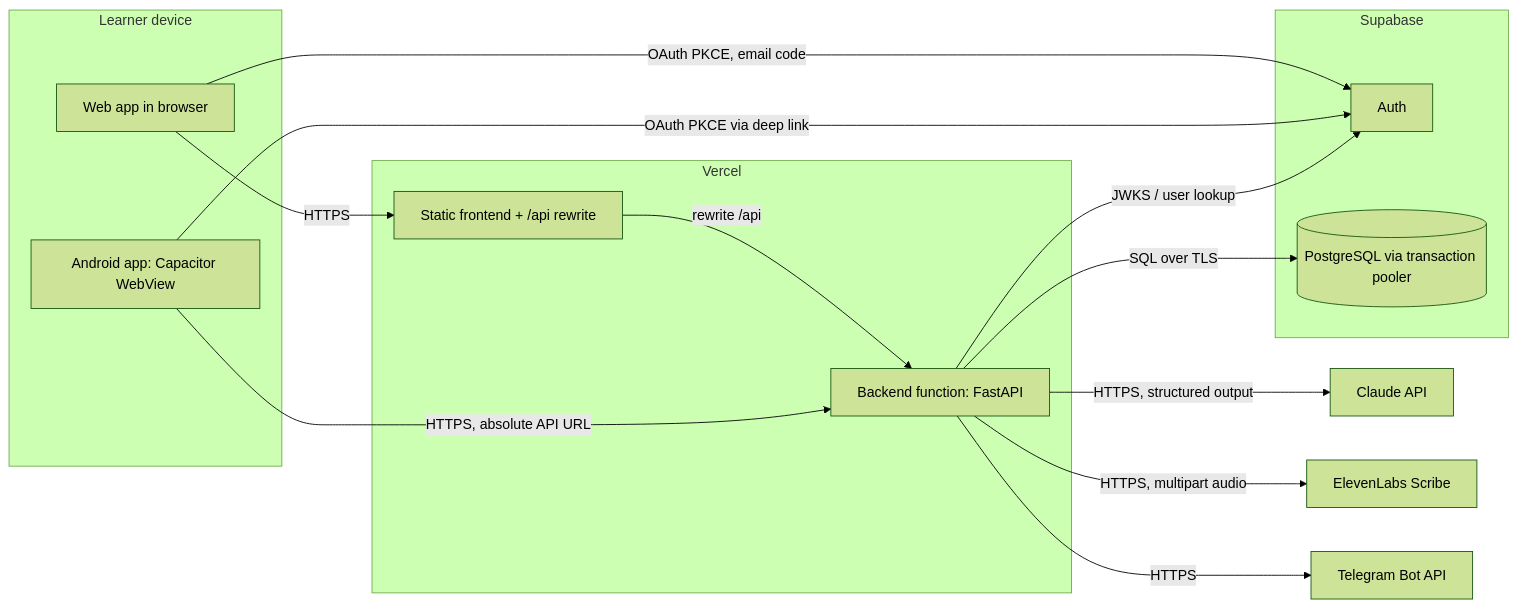
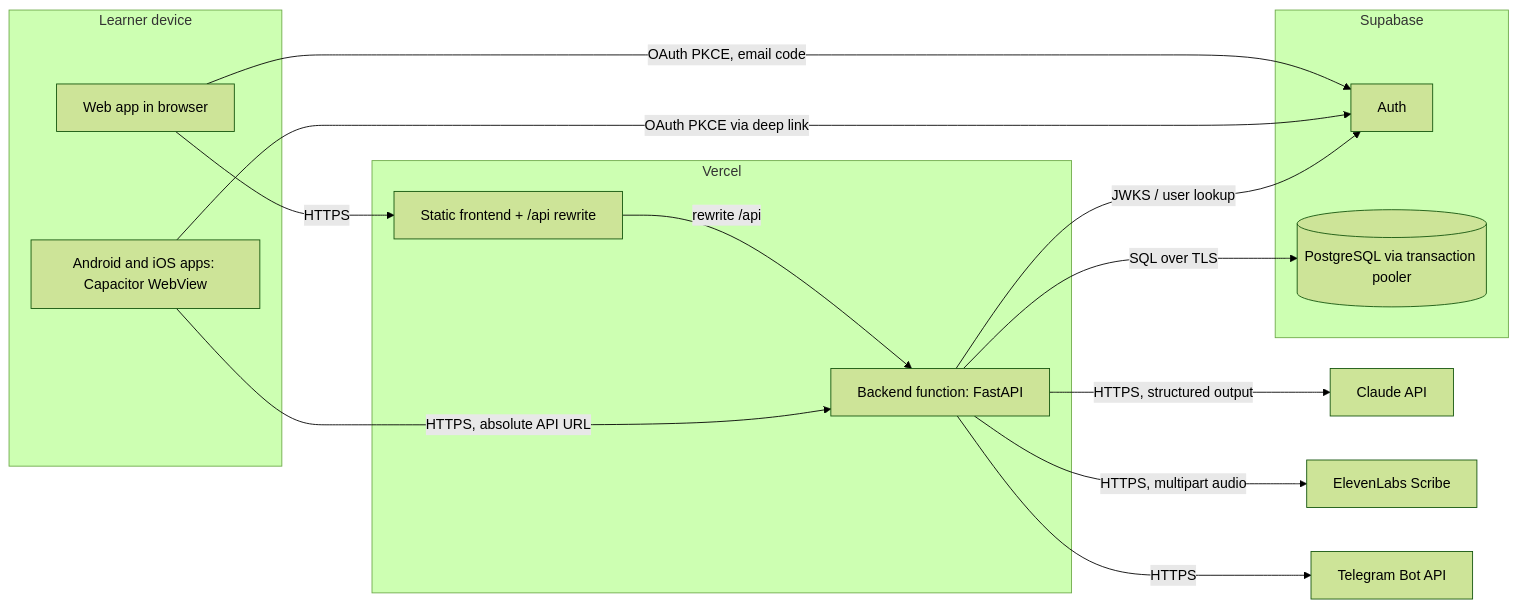
One commit to agzyamov/turkish-speaking-trainer changed the diagram in docs/architecture/views/cc-runtime.md. Above: the diagram before and after it, drawn with Mermaid (forest theme). The commit also changed other lines of this file and 63 other files, not shown here.

````diff
--- a/docs/architecture/views/cc-runtime.md
+++ b/docs/architecture/views/cc-runtime.md
@@ -7,28 +7,28 @@
 ```mermaid
 flowchart LR
     subgraph device[Learner device]
         web[Web app in browser]
-        apk[Android app: Capacitor WebView]
+        apk[Android and iOS apps: Capacitor WebView]
     end
     subgraph vercel[Vercel]
         static[Static frontend + /api rewrite]
         fn[Backend function: FastAPI]
     end
     subgraph supabase[Supabase]
         auth[Auth]
         pg[(PostgreSQL via transaction pooler)]
     end
     claude[Claude API]
     scribe[ElevenLabs Scribe]
     tg[Telegram Bot API]
 
     web -->|HTTPS| static -->|rewrite /api| fn
     apk -->|HTTPS, absolute API URL| fn
     web -->|OAuth PKCE, email code| auth
     apk -->|OAuth PKCE via deep link| auth
     fn -->|SQL over TLS| pg
     fn -->|JWKS / user lookup| auth
     fn -->|HTTPS, structured output| claude
     fn -->|HTTPS, multipart audio| scribe
     fn -->|HTTPS| tg
 ```
````
